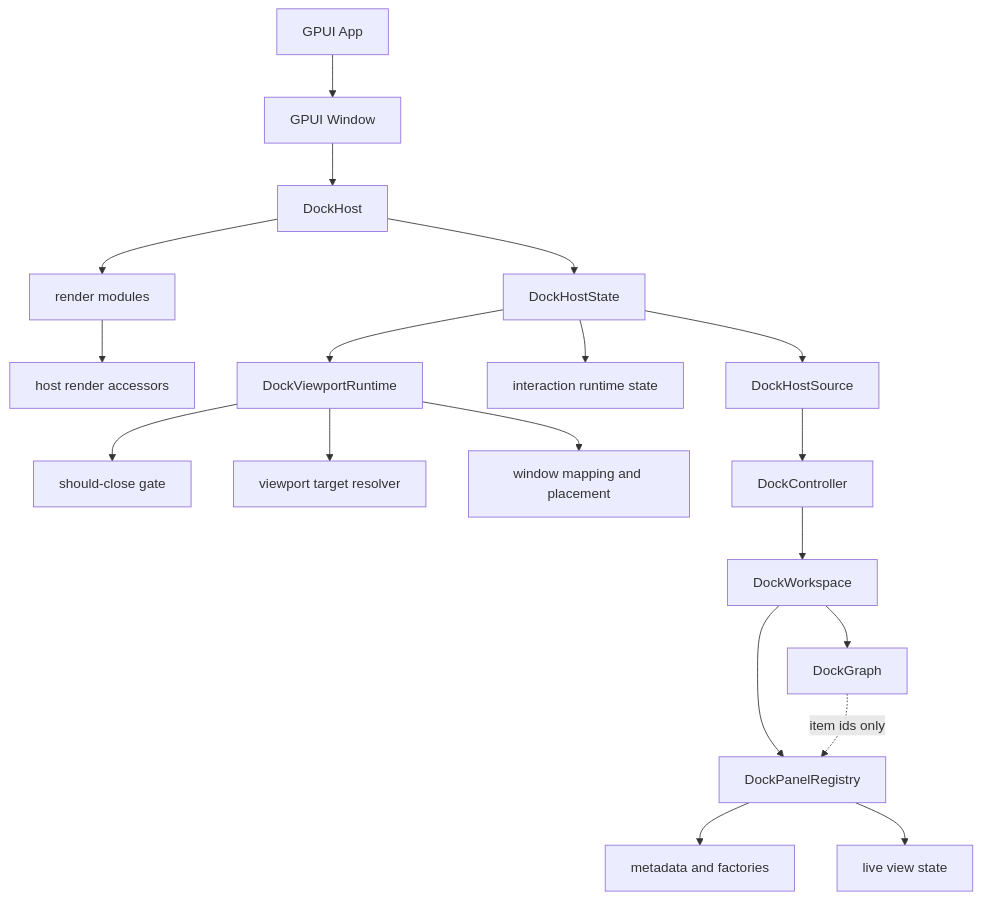
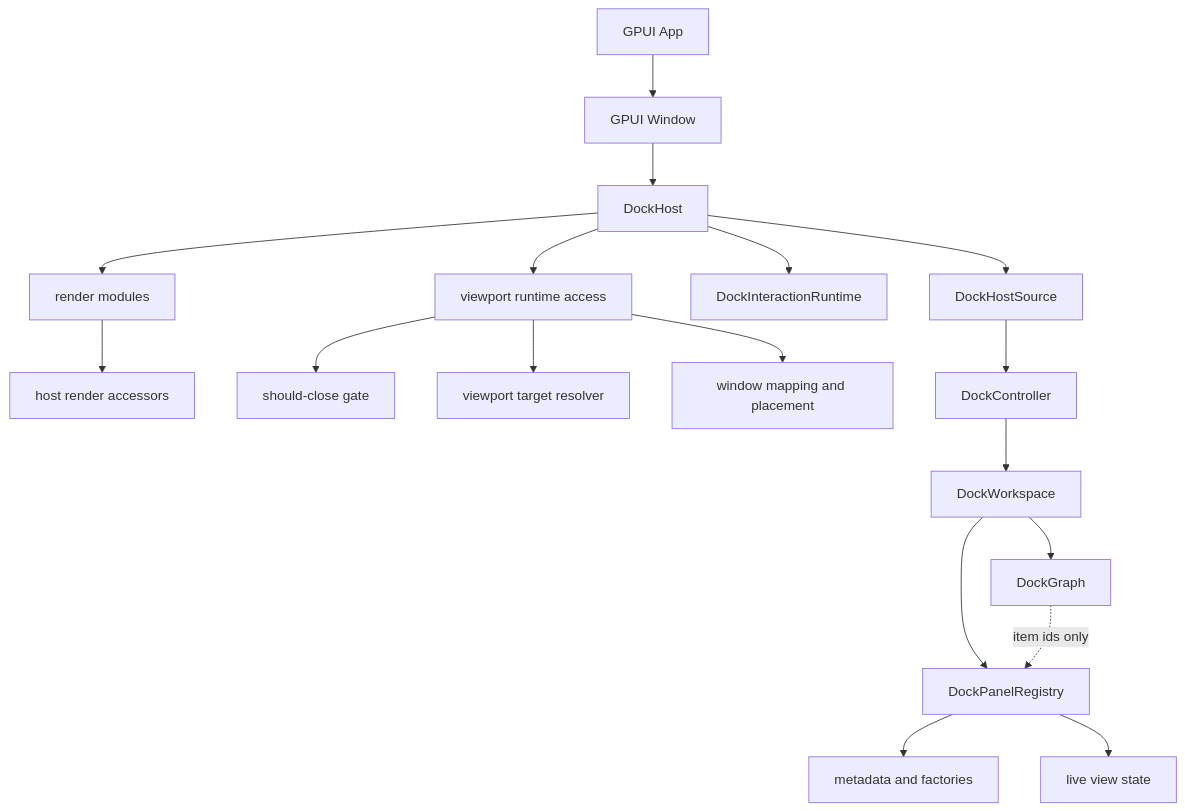
One commit to Latias94/open-gpui changed the first of 2 diagrams in docs/plans/2026-06-09-014-refactor-docking-architecture-hardening-plan.md. Above: the diagram before and after it, drawn with Mermaid. The commit also changed other lines of this file and 4 other files, not shown here.

Commit message:
refactor(docking): narrow host field access

````diff
--- a/docs/plans/2026-06-09-014-refactor-docking-architecture-hardening-plan.md
+++ b/docs/plans/2026-06-09-014-refactor-docking-architecture-hardening-plan.md
@@ -117,23 +118,22 @@
 ```mermaid
 flowchart TB
   App[GPUI App] --> Window[GPUI Window]
   Window --> Host[DockHost]
-  Host --> HostState[DockHostState]
   Host --> Render[render modules]
   Render --> HostPorts[host render accessors]
-  HostState --> Source[DockHostSource]
-  HostState --> Interaction[interaction runtime state]
-  HostState --> ViewportRuntime[DockViewportRuntime]
+  Host --> Source[DockHostSource]
+  Host --> Interaction[DockInteractionRuntime]
+  Host --> ViewportRuntime[viewport runtime access]
 
   ViewportRuntime --> CloseGate[should-close gate]
   ViewportRuntime --> TargetResolver[viewport target resolver]
   ViewportRuntime --> ViewportRegistry[window mapping and placement]
 
   Source --> Controller[DockController]
   Controller --> Workspace[DockWorkspace]
   Workspace --> Graph[DockGraph]
   Workspace --> Panels[DockPanelRegistry]
   Panels --> Catalog[metadata and factories]
   Panels --> ViewState[live view state]
   Graph -. item ids only .-> Panels
 ```
````
